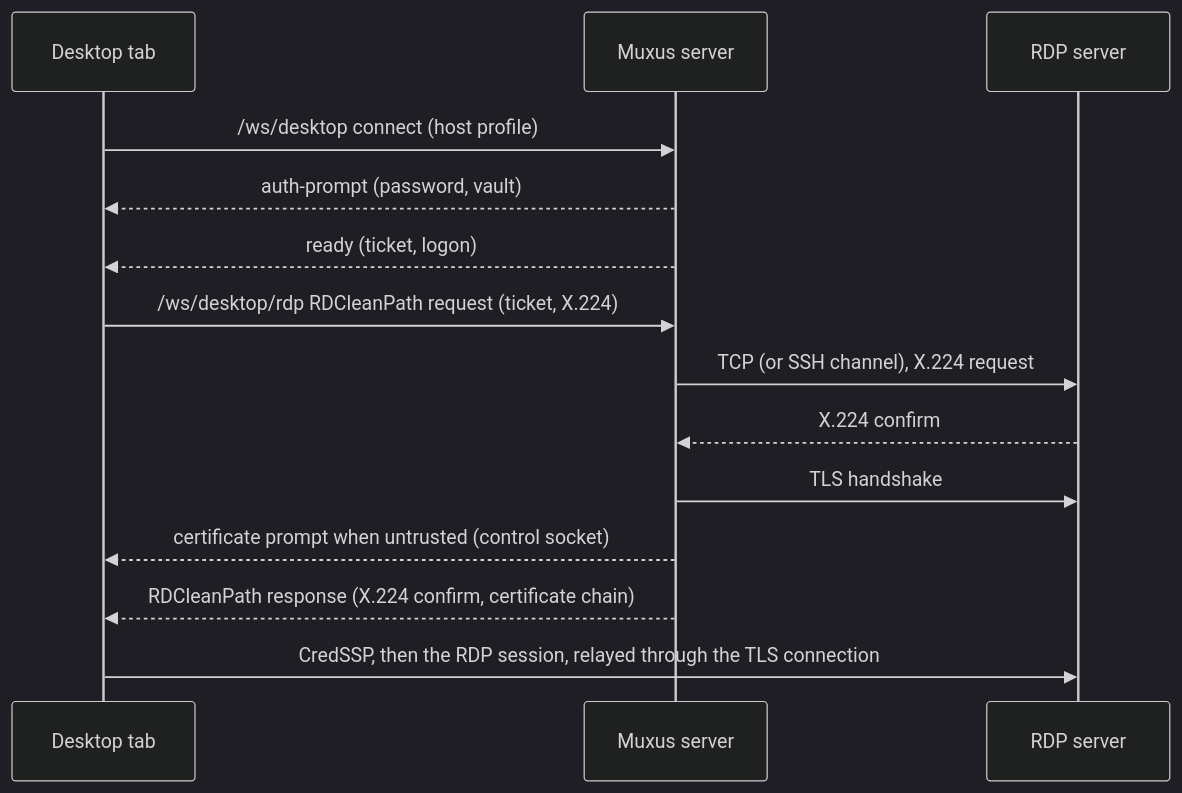
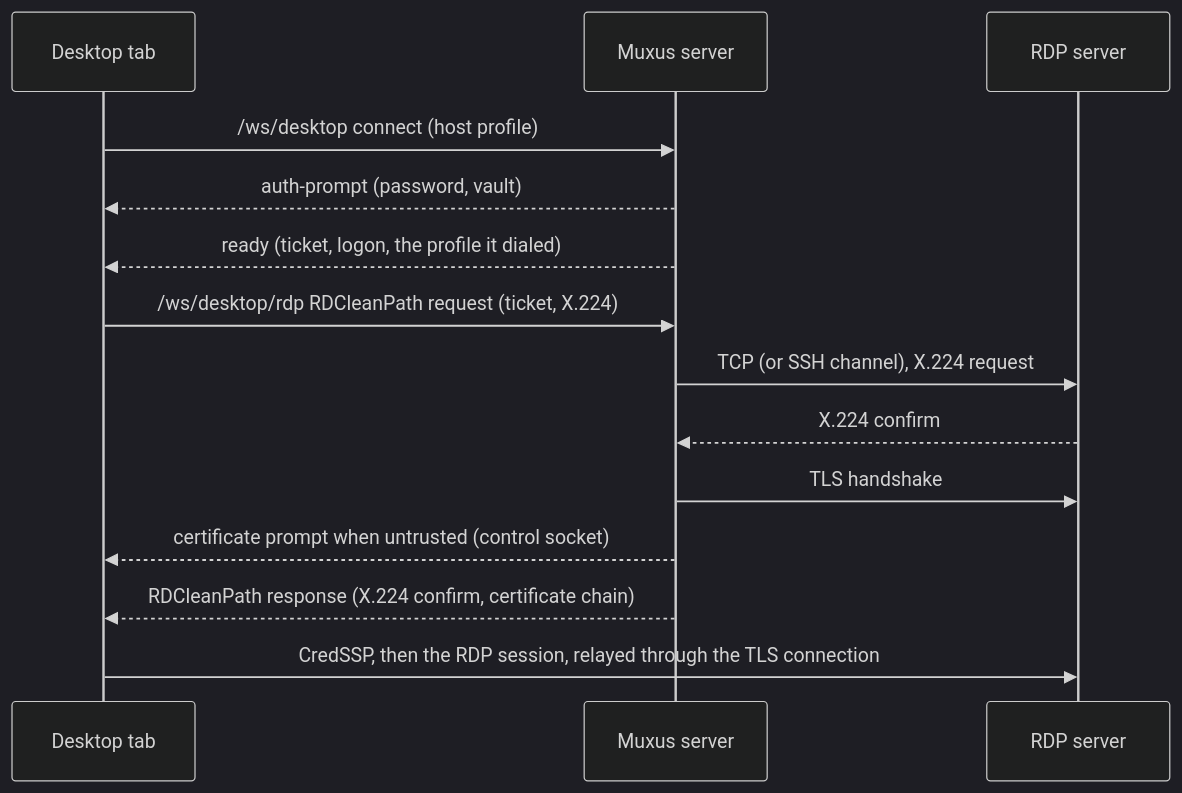
One commit to FloSch62/muxus changed the second of 2 diagrams in docs/reference/architecture.md. Above: the diagram before and after it, drawn with Mermaid (dark theme). The commit also changed other lines of this file and 12 other files, not shown here.

````diff
--- a/docs/reference/architecture.md
+++ b/docs/reference/architecture.md
@@ -84,16 +84,16 @@
 ```mermaid
 sequenceDiagram
   participant C as Desktop tab
   participant S as Muxus server
   participant R as RDP server
   C->>S: /ws/desktop connect (host profile)
   S-->>C: auth-prompt (password, vault)
-  S-->>C: ready (ticket, logon)
+  S-->>C: ready (ticket, logon, the profile it dialed)
   C->>S: /ws/desktop/rdp RDCleanPath request (ticket, X.224)
   S->>R: TCP (or SSH channel), X.224 request
   R-->>S: X.224 confirm
   S->>R: TLS handshake
   S-->>C: certificate prompt when untrusted (control socket)
   S-->>C: RDCleanPath response (X.224 confirm, certificate chain)
   C->>R: CredSSP, then the RDP session, relayed through the TLS connection
 ```
````
